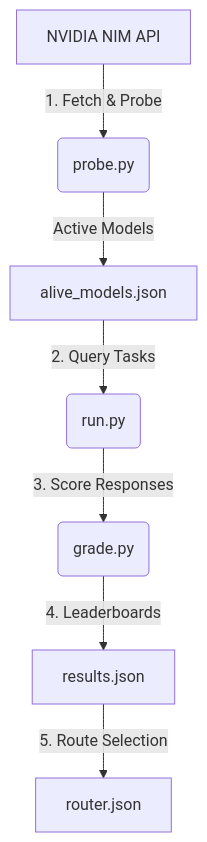
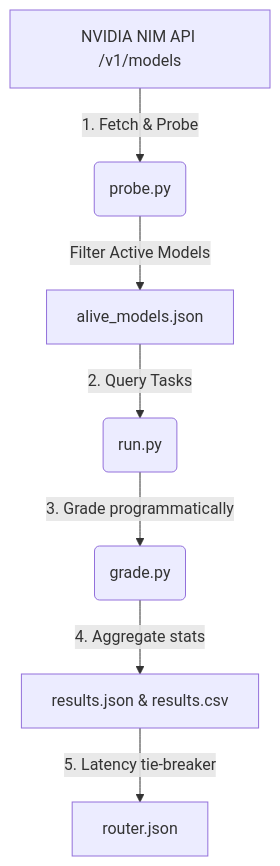
The diagram in README.md (dhruvkachhela/NVIDIA_NIM_MODEL), drawn with Mermaid before and after one commit. The commit also changed other lines of this file, not shown here.

````diff
--- a/README.md
+++ b/README.md
@@ -15,9 +39,9 @@
 ```mermaid
 graph TD
-    A[NVIDIA NIM API] -->|1. Fetch & Probe| B(probe.py)
-    B -->|Active Models| C[alive_models.json]
+    A[NVIDIA NIM API /v1/models] -->|1. Fetch & Probe| B(probe.py)
+    B -->|Filter Active Models| C[alive_models.json]
     C -->|2. Query Tasks| D(run.py)
-    D -->|3. Score Responses| E(grade.py)
-    E -->|4. Leaderboards| F[results.json]
-    F -->|5. Route Selection| G[router.json]
+    D -->|3. Grade programmatically| E(grade.py)
+    E -->|4. Aggregate stats| F[results.json & results.csv]
+    F -->|5. Latency tie-breaker| G[router.json]
 ```
````
